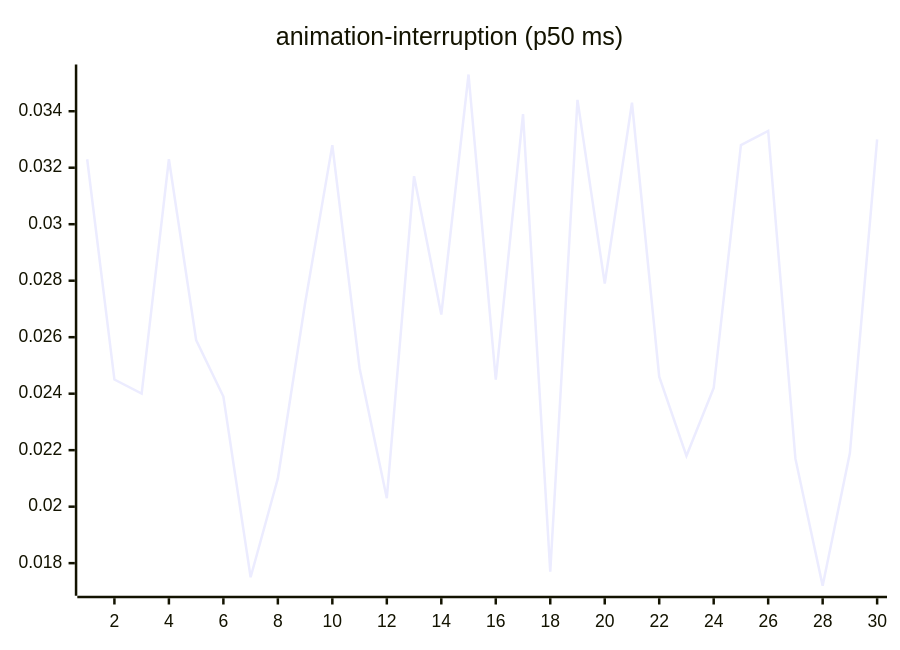
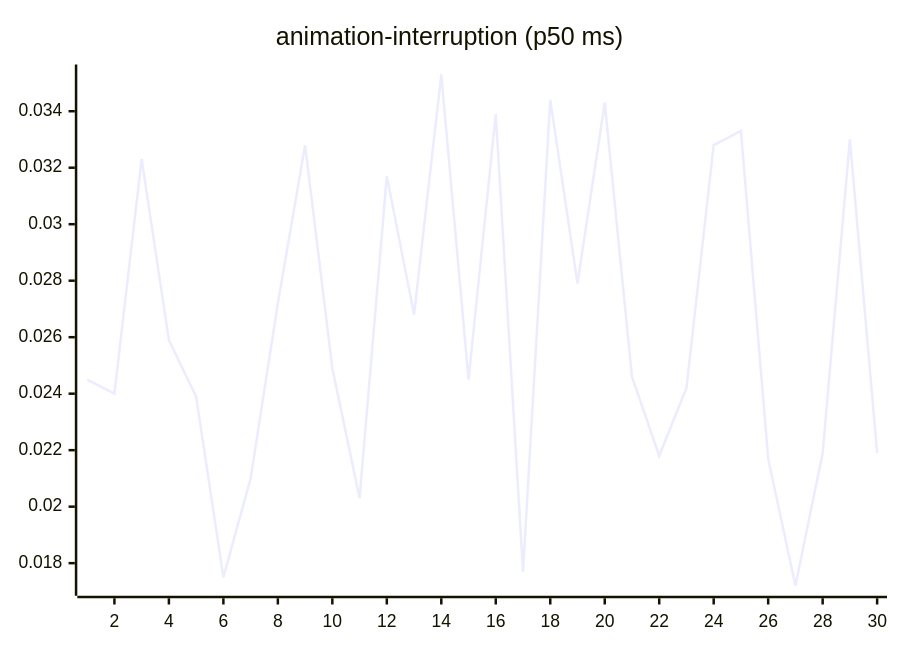
One commit to josha/Facet changed the third of 27 diagrams in README.md. Above: the diagram before and after it, drawn with Mermaid. The commit also changed other lines of this file and 2 other files, not shown here.

````diff
--- a/README.md
+++ b/README.md
@@ -77,6 +77,6 @@
 ```mermaid
 xychart-beta
     title "animation-interruption (p50 ms)"
     x-axis 1 --> 30
-    line [0.0323, 0.0245, 0.0240, 0.0323, 0.0259, 0.0239, 0.0175, 0.0210, 0.0272, 0.0328, 0.0249, 0.0203, 0.0317, 0.0268, 0.0353, 0.0245, 0.0339, 0.0177, 0.0344, 0.0279, 0.0343, 0.0246, 0.0218, 0.0242, 0.0328, 0.0333, 0.0217, 0.0172, 0.0219, 0.0330]
+    line [0.0245, 0.0240, 0.0323, 0.0259, 0.0239, 0.0175, 0.0210, 0.0272, 0.0328, 0.0249, 0.0203, 0.0317, 0.0268, 0.0353, 0.0245, 0.0339, 0.0177, 0.0344, 0.0279, 0.0343, 0.0246, 0.0218, 0.0242, 0.0328, 0.0333, 0.0217, 0.0172, 0.0219, 0.0330, 0.0219]
 ```
````
